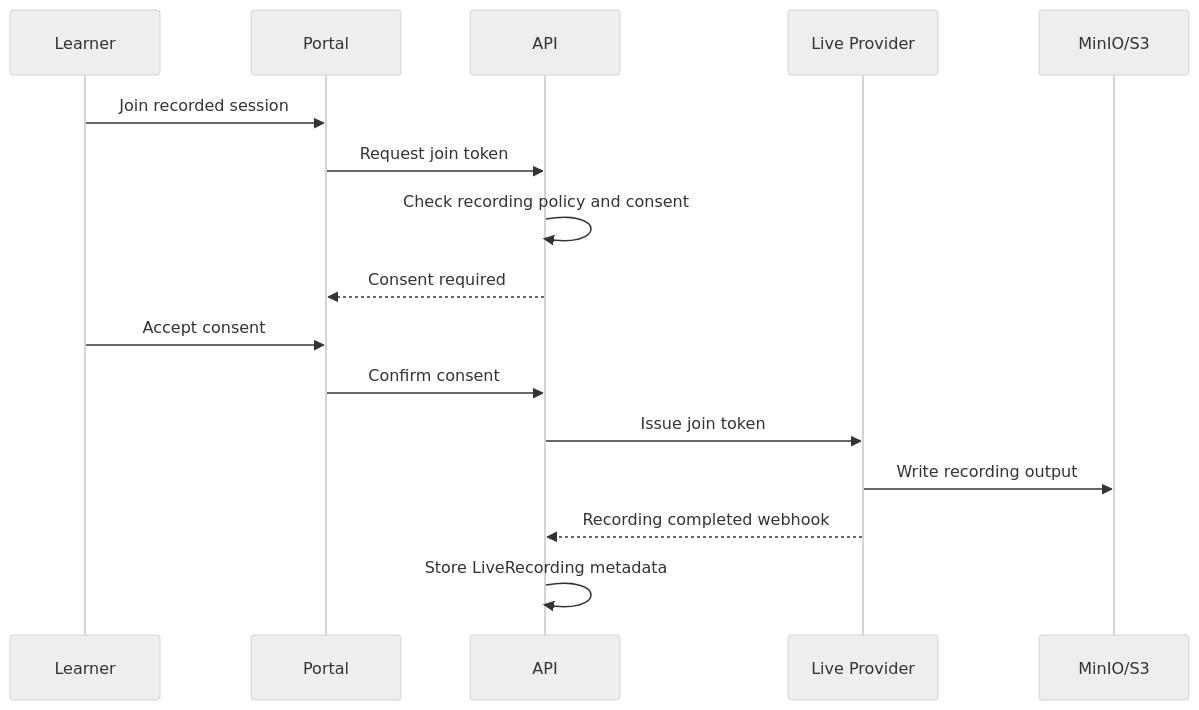
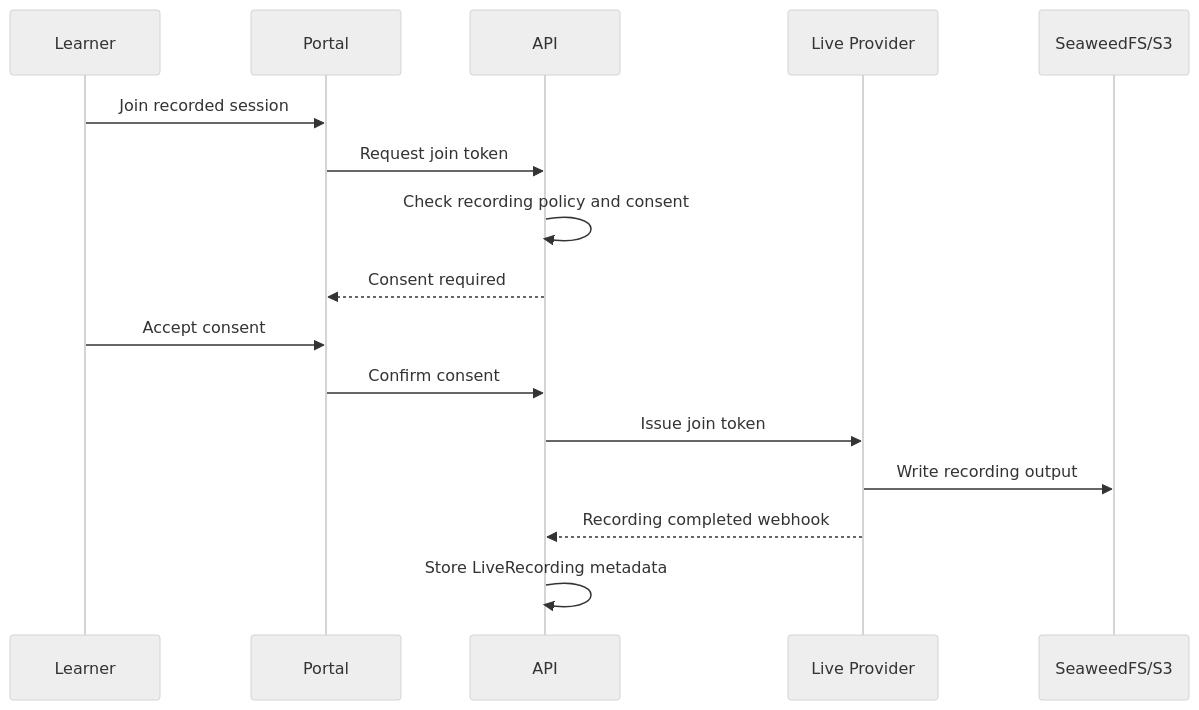
The third of 3 diagrams in docs/architecture/16-media-pipeline.md (HodeTech/LearnStack), drawn with Mermaid (neutral theme) before and after one commit. The commit also changed other lines of this file and 42 other files, not shown here.

````diff
--- a/docs/architecture/16-media-pipeline.md
+++ b/docs/architecture/16-media-pipeline.md
@@ -185,19 +185,19 @@
 ```mermaid
 sequenceDiagram
     participant Learner
     participant Portal
     participant API
     participant Provider as Live Provider
-    participant Storage as MinIO/S3
+    participant Storage as SeaweedFS/S3
 
     Learner->>Portal: Join recorded session
     Portal->>API: Request join token
     API->>API: Check recording policy and consent
     API-->>Portal: Consent required
     Learner->>Portal: Accept consent
     Portal->>API: Confirm consent
     API->>Provider: Issue join token
     Provider->>Storage: Write recording output
     Provider-->>API: Recording completed webhook
     API->>API: Store LiveRecording metadata
 ```
````
